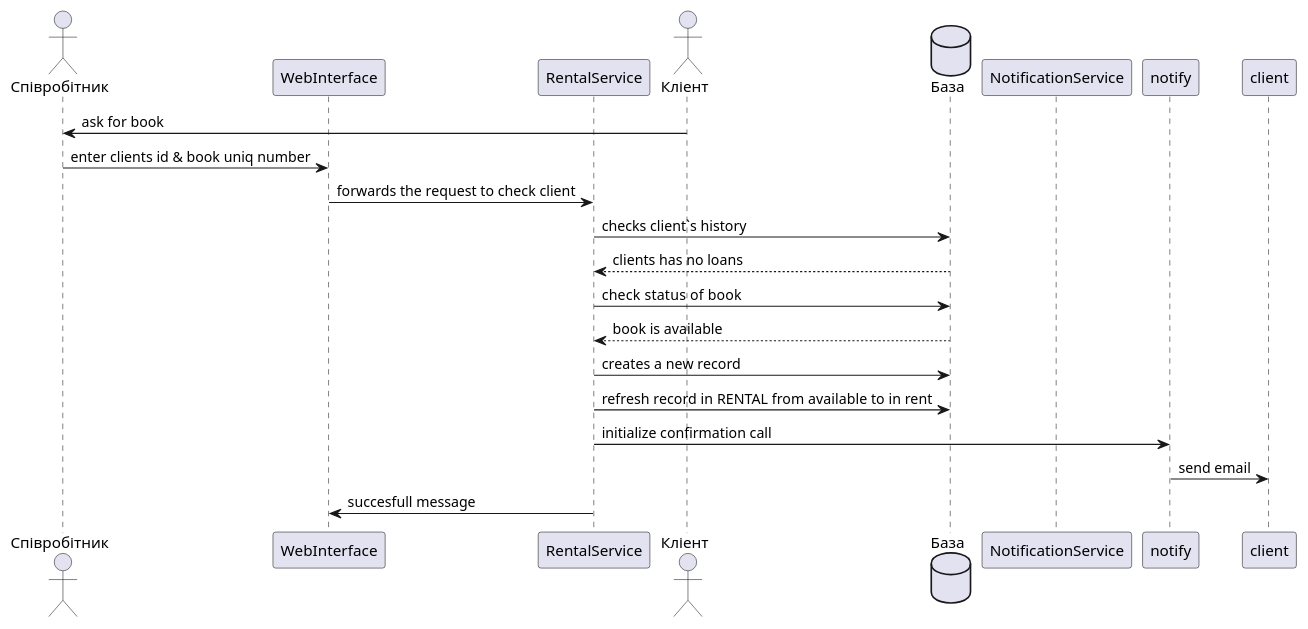
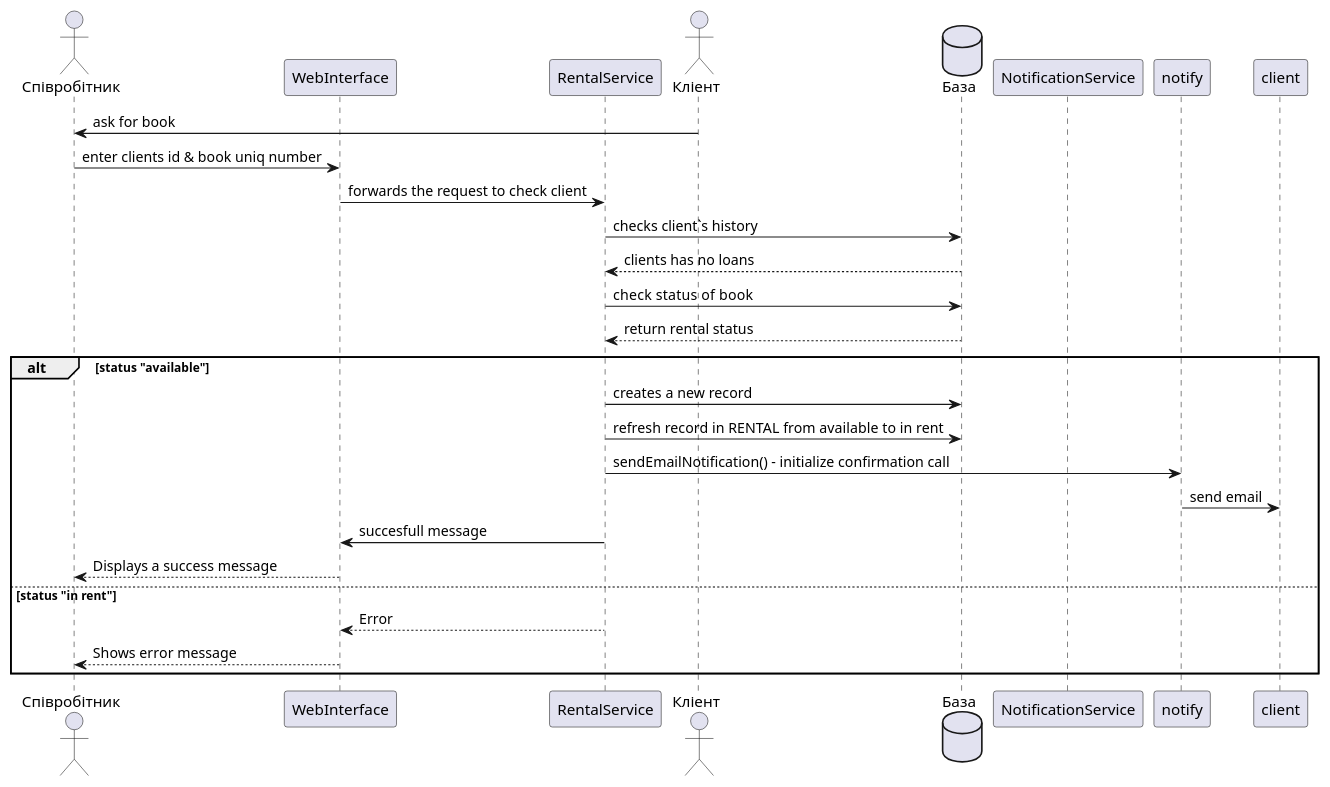
The first of 2 diagrams in task3/sequence.puml (sofiakiosova37-boop/bookshop_kpi2), drawn with PlantUML before and after one commit.

Commit message:
1/2 scenario finished

```diff
--- a/task3/sequence.puml
+++ b/task3/sequence.puml
@@ -2,23 +2,29 @@
 @startuml
 actor Співробітник as staff 
 participant WebInterface as ui
 participant RentalService as service
 actor Кліент as cus
 database База as DB
 participant NotificationService as notif
 
 cus -> staff: ask for book 
 staff -> ui: enter clients id & book uniq number
 ui -> service: forwards the request to check client
 service -> DB: checks client`s history 
 service <-- DB: clients has no loans
 service -> DB: check status of  book
-service <-- DB: book is available
-service -> DB: creates a new record
-service -> DB: refresh record in RENTAL from available to in rent
-service -> notify: initialize confirmation call
-notify -> client: send email
-ui <- service: succesfull message
+service <-- DB: return rental status 
+alt status "available"
+    service -> DB: creates a new record
+    service -> DB: refresh record in RENTAL from available to in rent
+    service -> notify: sendEmailNotification() - initialize confirmation call
+    notify -> client: send email
+    ui <- service: succesfull message
+    staff <-- ui: Displays a success message
+else status "in rent"
+    ui <-- service: Error
+    staff <-- ui: Shows errоr message 
+end alt
 
 
 @enduml
```
